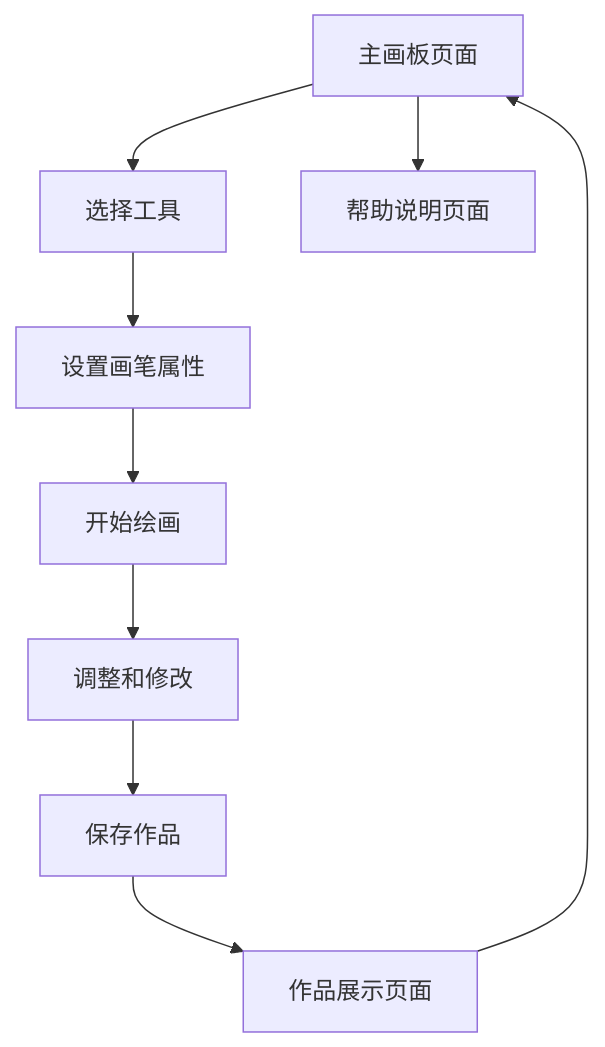
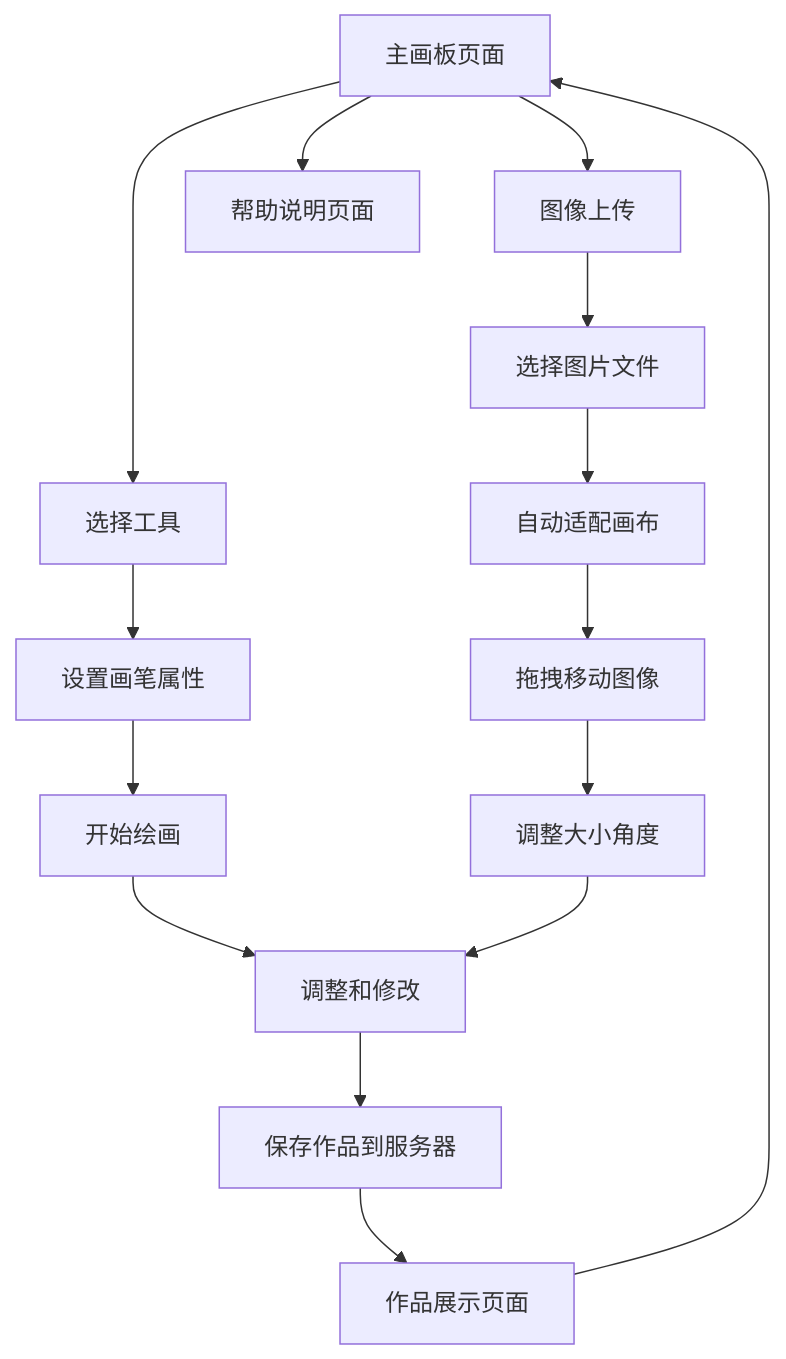
One commit to overmind1980/canvas changed the diagram in .trae/documents/画板应用产品需求文档.md. Above: the diagram before and after it, drawn with Mermaid. The commit also changed other lines of this file and 8 other files, not shown here.

````diff
--- a/.trae/documents/画板应用产品需求文档.md
+++ b/.trae/documents/画板应用产品需求文档.md
@@ -49,11 +62,17 @@
 ```mermaid
 graph TD
     A[主画板页面] --> B[选择工具]
+    A --> I[图像上传]
     B --> C[设置画笔属性]
     C --> D[开始绘画]
+    I --> J[选择图片文件]
+    J --> K[自动适配画布]
+    K --> L[拖拽移动图像]
+    L --> M[调整大小角度]
     D --> E[调整和修改]
-    E --> F[保存作品]
+    M --> E
+    E --> F[保存作品到服务器]
     F --> G[作品展示页面]
     A --> H[帮助说明页面]
     G --> A
 ```
````
